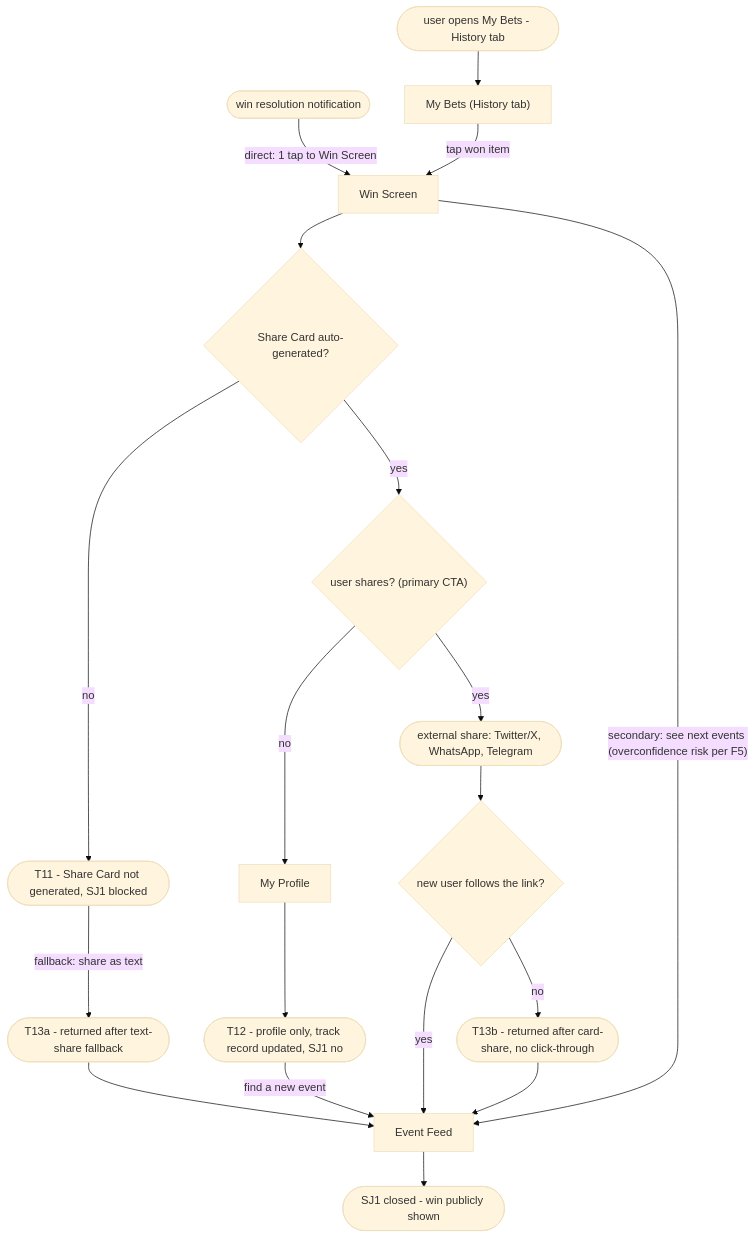
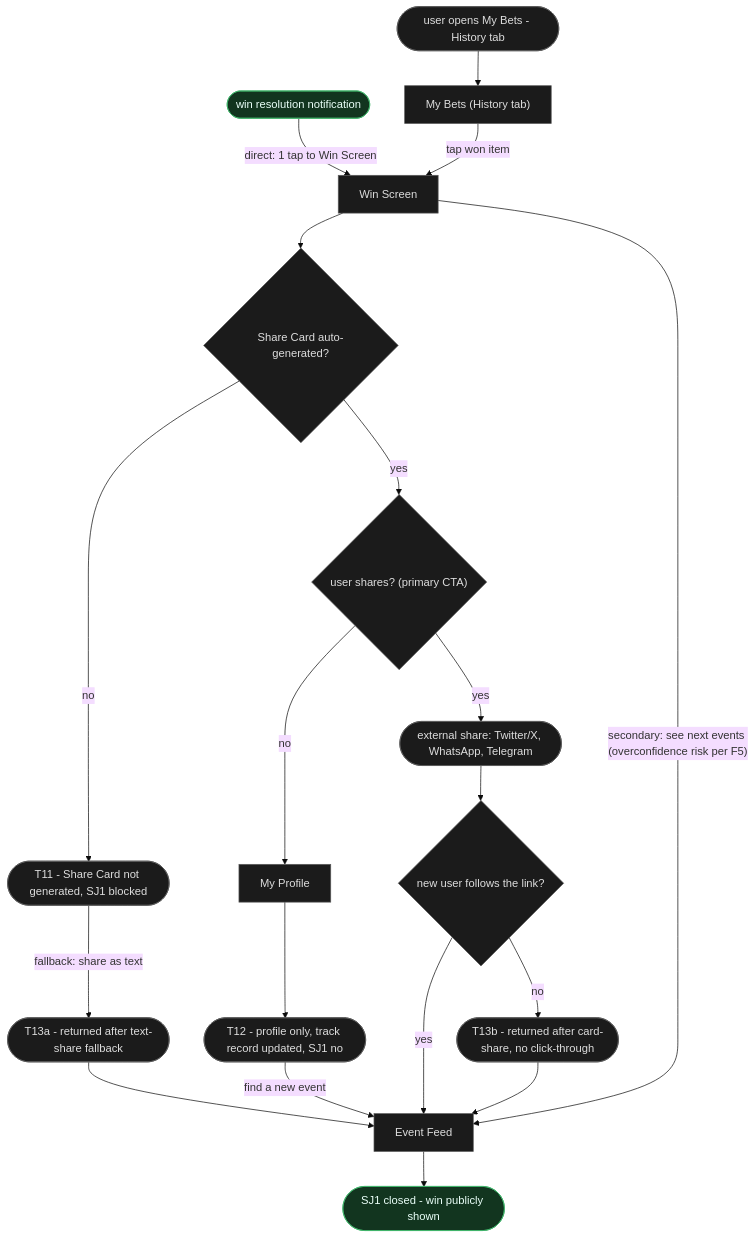
One commit to sergiodesign4u-dot/predict-market changed the fourth of 4 diagrams in ia/docs/flows.md. Above: the diagram before and after it, drawn with Mermaid (base theme). The commit also changed other lines of this file and 30 other files, not shown here.

First line of the commit message:
IA reconcile (Stage 03a targeted): concept-map + colored flows + Basic/Detailed sidebar

````diff
--- a/ia/docs/flows.md
+++ b/ia/docs/flows.md
@@ -198,33 +242,39 @@
 ```mermaid
 flowchart TD
     %% Path A: G1-equivalent - win notification routes directly to Win Screen (1 tap, fast path)
     triggerNotif(["win resolution notification"])
     triggerNotif -->|"direct: 1 tap to Win Screen"| WS["Win Screen"]
 
     %% Path B: manual - user opens My Bets History tab, taps a won item
     triggerManual(["user opens My Bets - History tab"])
     triggerManual --> ABhistory["My Bets (History tab)"]
     ABhistory -->|"tap won item"| WS
 
     %% Default next action: share / mark the moment (SJ1 primary path)
     %% "See next events" is a deliberate secondary CTA - not the primary - per F5 (overconfidence risk)
     WS --> cardOk{"Share Card auto-generated?"}
     cardOk -->|"no"| T11(["T11 - Share Card not generated, SJ1 blocked"])
     T11 -->|"fallback: share as text"| T13a(["T13a - returned after text-share fallback"])
     T13a --> EF["Event Feed"]
     EF --> sj1Done(["SJ1 closed - win publicly shown"])
 
     cardOk -->|"yes"| shares{"user shares? (primary CTA)"}
     shares -->|"no"| MP["My Profile"]
     MP --> T12(["T12 - profile only, track record updated, SJ1 no"])
     T12 -->|"find a new event"| EF
 
     shares -->|"yes"| ext(["external share: Twitter/X, WhatsApp, Telegram"])
     ext --> newUser{"new user follows the link?"}
     newUser -->|"yes"| EF
     newUser -->|"no"| T13b(["T13b - returned after card-share, no click-through"])
     T13b --> EF
 
     %% Secondary path: see next events (lower-emphasis CTA, overconfidence risk per F5)
     WS -->|"secondary: see next events (overconfidence risk per F5)"| EF
+
+    classDef success fill:#12351f,stroke:#3fb56b,color:#eafff9;
+    classDef dead fill:#3a1618,stroke:#e5484d,color:#ffd7d7;
+    classDef neutral fill:#1b1b1b,stroke:#5a5a5a,color:#dddddd;
+    class triggerNotif,sj1Done success;
+    class WS,triggerManual,ABhistory,cardOk,T11,T13a,EF,shares,MP,T12,ext,newUser,T13b neutral;
 ```
````
